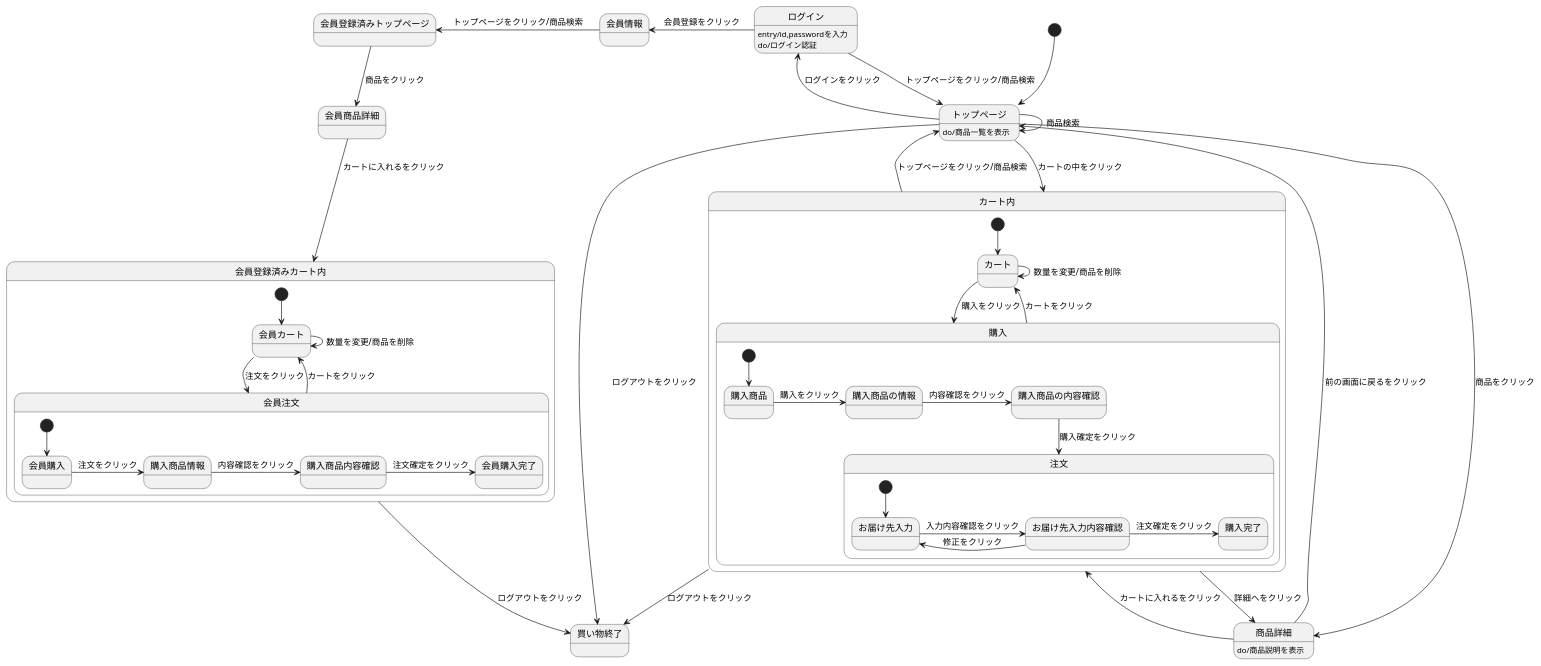
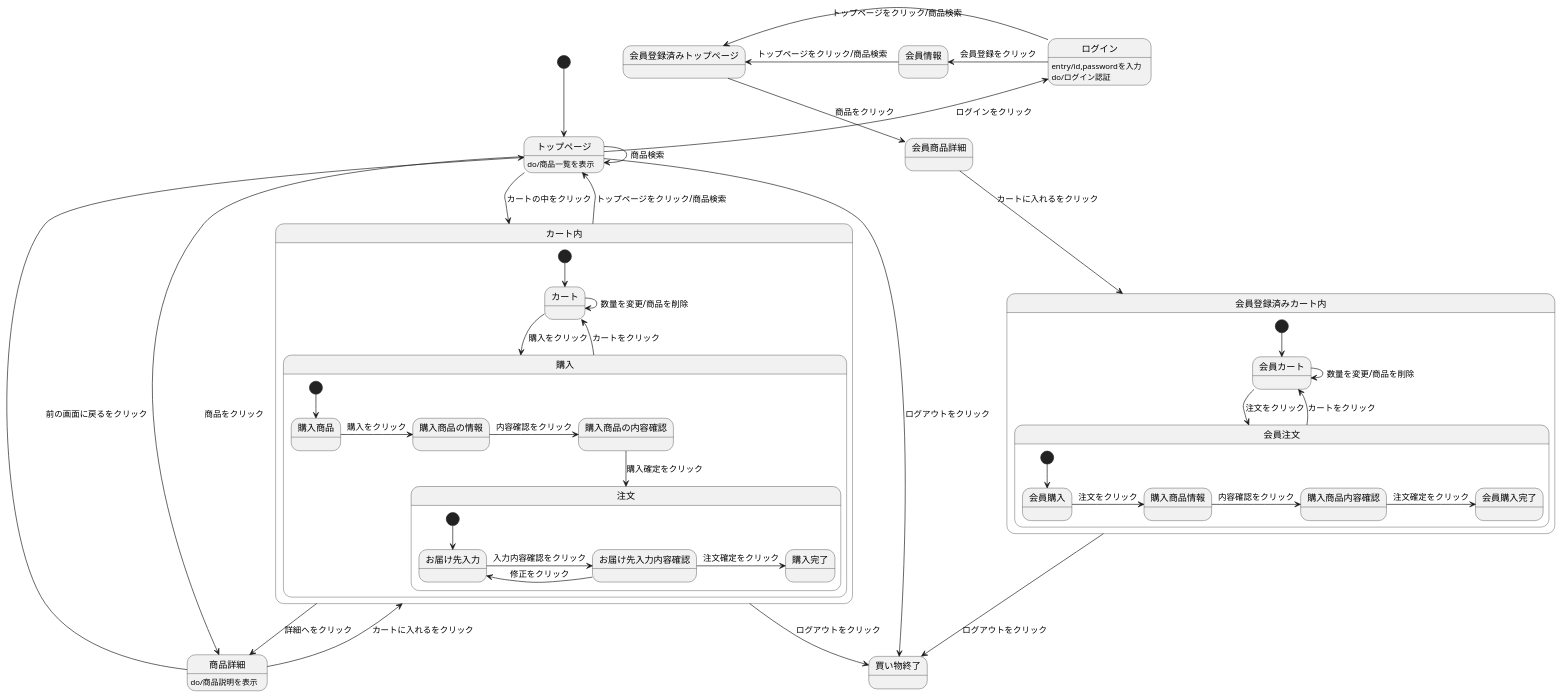
The diagram in create 12.md (Aso2001140/2012sys-design), drawn with PlantUML before and after one commit.

Commit message:
Create create 12.md

````diff
--- a/create 12.md
+++ b/create 12.md
@@ -1,57 +1,57 @@
 ```uml
 @startuml
 [*] --> トップページ
 会員情報 -left-> 会員登録済みトップページ : トップページをクリック/商品検索
 会員登録済みトップページ -down-> 会員商品詳細 : 商品をクリック
 会員商品詳細 -down-> 会員登録済みカート内 : カートに入れるをクリック
-ログイン -down-> トップページ : トップページをクリック/商品検索
+ログイン -> 会員登録済みトップページ : トップページをクリック/商品検索
 ログイン : entry/id,passwordを入力
 ログイン : do/ログイン認証
 トップページ -down-> 買い物終了 : ログアウトをクリック
 トップページ -> トップページ : 商品検索
 トップページ -left-> 商品詳細 : 商品をクリック
 ログイン -left-> 会員情報 : 会員登録をクリック
 トップページ -left-> ログイン : ログインをクリック
 トップページ -down-> カート内 : カートの中をクリック
 トップページ : do/商品一覧を表示
 商品詳細 -down-> カート内 : カートに入れるをクリック
 商品詳細 --> トップページ : 前の画面に戻るをクリック
 商品詳細 : do/商品説明を表示
 カート内 -up-> トップページ : トップページをクリック/商品検索
 カート内 -down-> 買い物終了 : ログアウトをクリック
 会員登録済みカート内 -down-> 買い物終了 : ログアウトをクリック
 カート内 -> 商品詳細 : 詳細へをクリック
 
 
 state カート内{
 [*] --> カート
 カート -down-> 購入 : 購入をクリック
 カート -> カート : 数量を変更/商品を削除
 購入 --> カート : カートをクリック
 state 購入{
 [*] --> 購入商品
 購入商品 -> 購入商品の情報 : 購入をクリック
 購入商品の情報 -> 購入商品の内容確認 : 内容確認をクリック
 購入商品の内容確認 -down-> 注文 : 購入確定をクリック
 state 注文{
 [*] --> お届け先入力
 お届け先入力 -> お届け先入力内容確認 : 入力内容確認をクリック
 お届け先入力内容確認 -> お届け先入力 : 修正をクリック
 お届け先入力内容確認 -> 購入完了 : 注文確定をクリック
 }
 }
 }
 state 会員登録済みカート内{
 [*] --> 会員カート
 会員カート -> 会員注文 : 注文をクリック
 会員カート -> 会員カート : 数量を変更/商品を削除
 会員注文 --> 会員カート : カートをクリック
 state 会員注文{
 [*] --> 会員購入
 会員購入 -> 購入商品情報 : 注文をクリック
 購入商品情報 -> 購入商品内容確認 : 内容確認をクリック
 購入商品内容確認 -> 会員購入完了 : 注文確定をクリック
 }
 }
 @enduml
 ```
````
